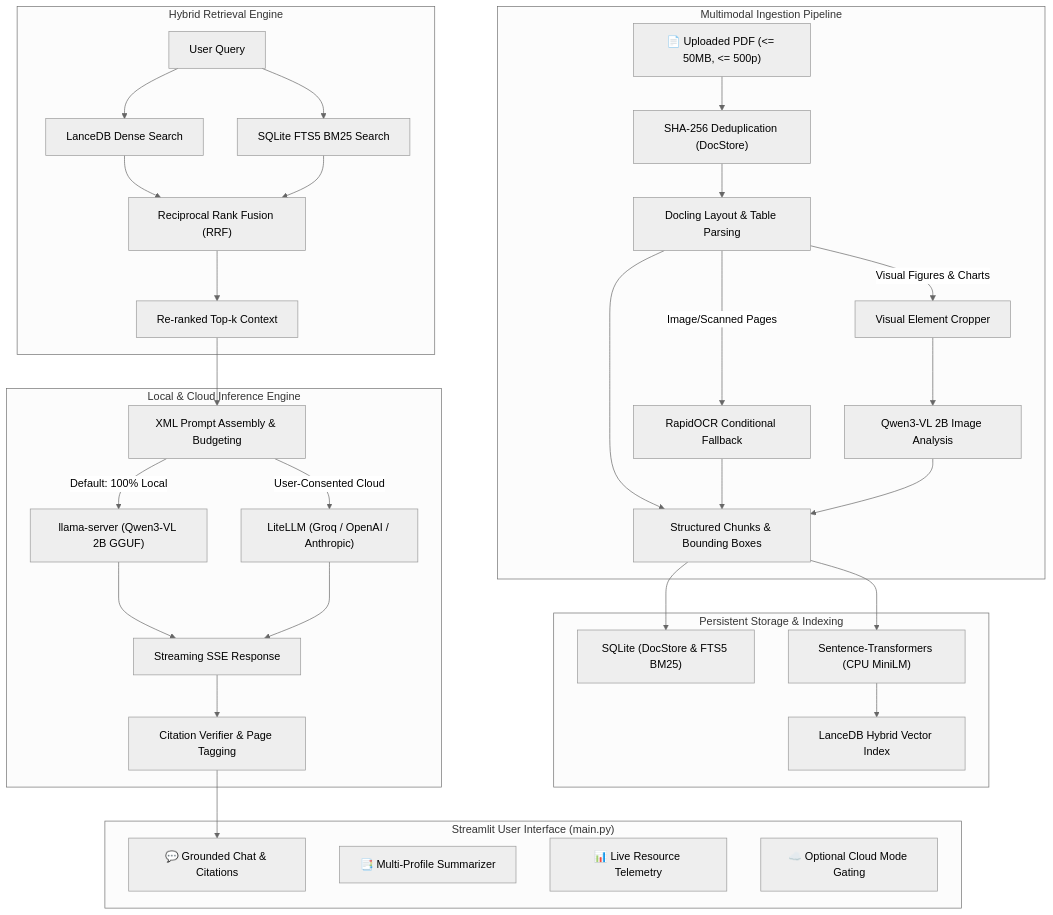
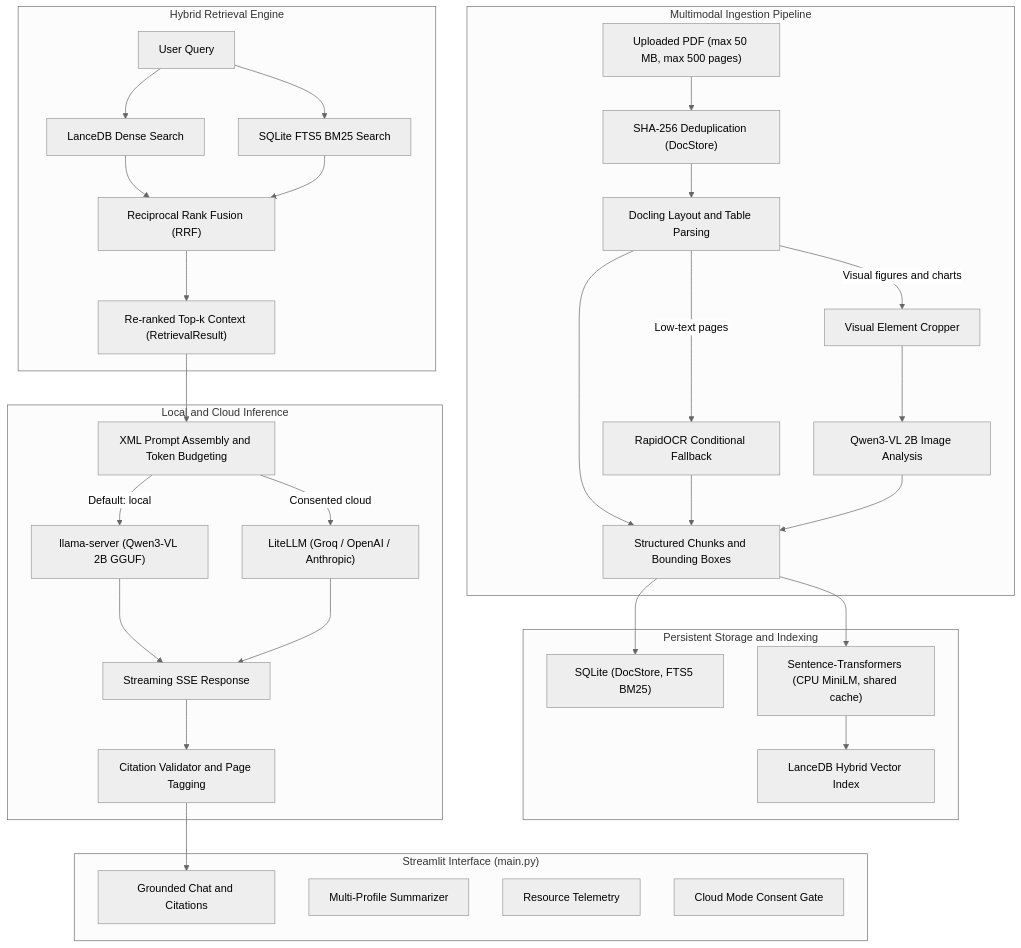
One commit to Vittalgb-05/RAG changed the diagram in README.md. Above: the diagram before and after it, drawn with Mermaid (neutral theme). The commit also changed other lines of this file, not shown here.

````diff
--- a/README.md
+++ b/README.md
@@ -29,40 +29,40 @@
 ```mermaid
 flowchart TD
-    subgraph UI ["Streamlit User Interface (main.py)"]
-        Chat["💬 Grounded Chat & Citations"]
-        Summary["📑 Multi-Profile Summarizer"]
-        Telemetry["📊 Live Resource Telemetry"]
-        CloudToggle["☁️ Optional Cloud Mode Gating"]
+    subgraph UI ["Streamlit Interface (main.py)"]
+        Chat["Grounded Chat and Citations"]
+        Summary["Multi-Profile Summarizer"]
+        Telemetry["Resource Telemetry"]
+        CloudToggle["Cloud Mode Consent Gate"]
     end
 
     subgraph Ingestion ["Multimodal Ingestion Pipeline"]
-        PDF["📄 Uploaded PDF (<= 50MB, <= 500p)"] --> Hash["SHA-256 Deduplication (DocStore)"]
-        Hash --> Docling["Docling Layout & Table Parsing"]
-        Docling -->|Image/Scanned Pages| OCR["RapidOCR Conditional Fallback"]
-        Docling -->|Visual Figures & Charts| Crop["Visual Element Cropper"]
+        PDF["Uploaded PDF (max 50 MB, max 500 pages)"] --> Hash["SHA-256 Deduplication (DocStore)"]
+        Hash --> Docling["Docling Layout and Table Parsing"]
+        Docling -->|Low-text pages| OCR["RapidOCR Conditional Fallback"]
+        Docling -->|Visual figures and charts| Crop["Visual Element Cropper"]
         Crop --> VLM["Qwen3-VL 2B Image Analysis"]
-        Docling & OCR & VLM --> Chunks["Structured Chunks & Bounding Boxes"]
+        Docling & OCR & VLM --> Chunks["Structured Chunks and Bounding Boxes"]
     end
 
-    subgraph Storage ["Persistent Storage & Indexing"]
-        Chunks --> SQLite["SQLite (DocStore & FTS5 BM25)"]
-        Chunks --> Embed["Sentence-Transformers (CPU MiniLM)"]
+    subgraph Storage ["Persistent Storage and Indexing"]
+        Chunks --> SQLite["SQLite (DocStore, FTS5 BM25)"]
+        Chunks --> Embed["Sentence-Transformers (CPU MiniLM, shared cache)"]
         Embed --> Lance["LanceDB Hybrid Vector Index"]
     end
 
     subgraph Retrieval ["Hybrid Retrieval Engine"]
         UserQ["User Query"] --> VectorSearch["LanceDB Dense Search"]
         UserQ --> LexicalSearch["SQLite FTS5 BM25 Search"]
         VectorSearch & LexicalSearch --> RRF["Reciprocal Rank Fusion (RRF)"]
-        RRF --> Context["Re-ranked Top-k Context"]
+        RRF --> Context["Re-ranked Top-k Context (RetrievalResult)"]
     end
 
-    subgraph Generation ["Local & Cloud Inference Engine"]
-        Context --> Prompt["XML Prompt Assembly & Budgeting"]
-        Prompt -->|Default: 100% Local| LlamaServer["llama-server (Qwen3-VL 2B GGUF)"]
-        Prompt -->|User-Consented Cloud| LiteLLM["LiteLLM (Groq / OpenAI / Anthropic)"]
+    subgraph Generation ["Local and Cloud Inference"]
+        Context --> Prompt["XML Prompt Assembly and Token Budgeting"]
+        Prompt -->|Default: local| LlamaServer["llama-server (Qwen3-VL 2B GGUF)"]
+        Prompt -->|Consented cloud| LiteLLM["LiteLLM (Groq / OpenAI / Anthropic)"]
         LlamaServer & LiteLLM --> Stream["Streaming SSE Response"]
-        Stream --> Verify["Citation Verifier & Page Tagging"]
+        Stream --> Verify["Citation Validator and Page Tagging"]
         Verify --> Chat
     end
 ```
````
